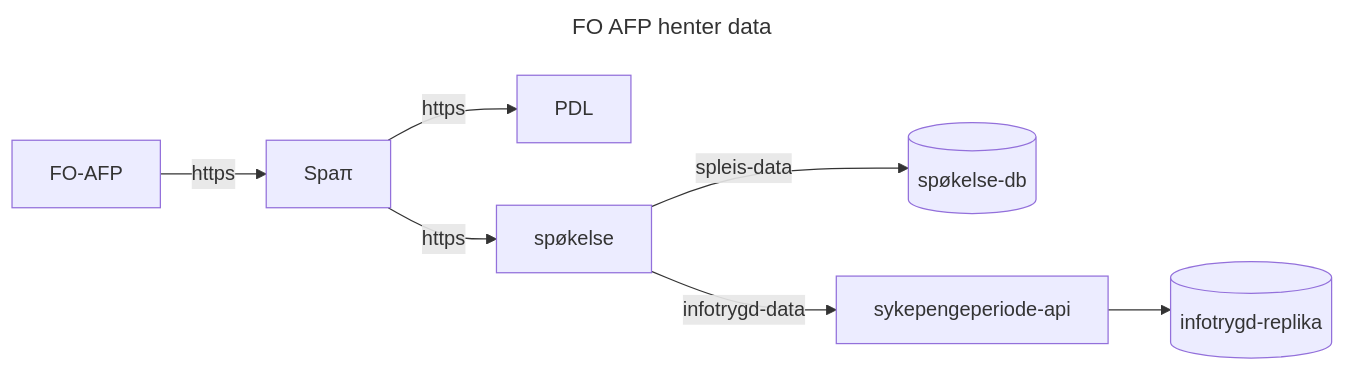
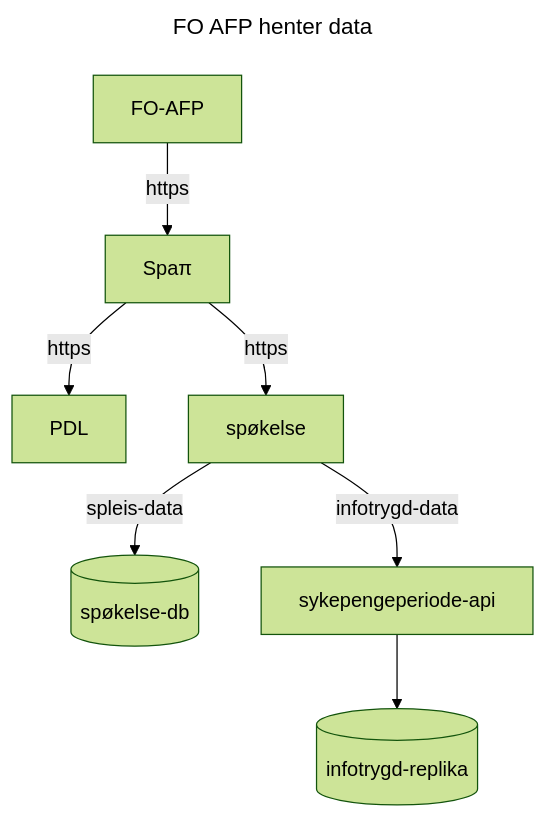
The first of 4 diagrams in README.md (navikt/helse-spapi), drawn with Mermaid before and after one commit. The commit also changed other lines of this file, not shown here.

Commit message:
Er theme:forest bedre for lesbarheten? Bør den vertikale være horisontal og de horisontale være vertikale?

````diff
--- a/README.md
+++ b/README.md
@@ -9,11 +9,12 @@
 ```mermaid
 ---
 title: FO AFP henter data
 ---
-flowchart LR
+%%{init: {'theme':'forest'}}%%
+flowchart TB
     FO-AFP -->|https| Spaπ
     Spaπ -->|https| PDL
     Spaπ -->|https| spøkelse
     spøkelse -->|spleis-data| kafka[(spøkelse-db)]
     spøkelse -->|infotrygd-data| sykepengeperiode-api --> infotrygd[(infotrygd-replika)]
 ```
````
